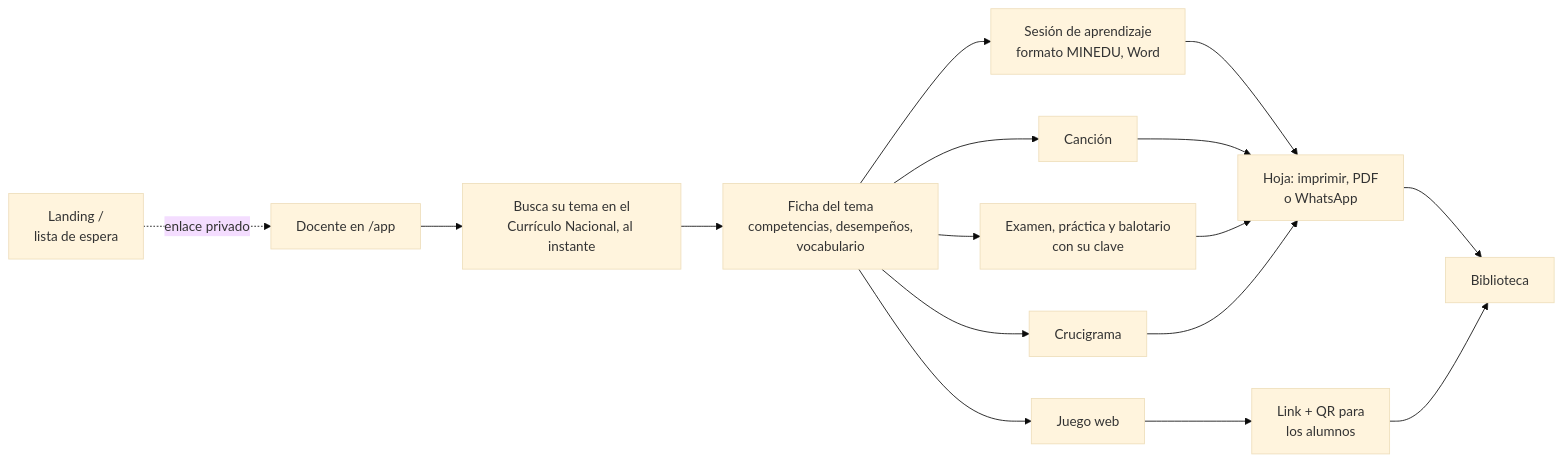
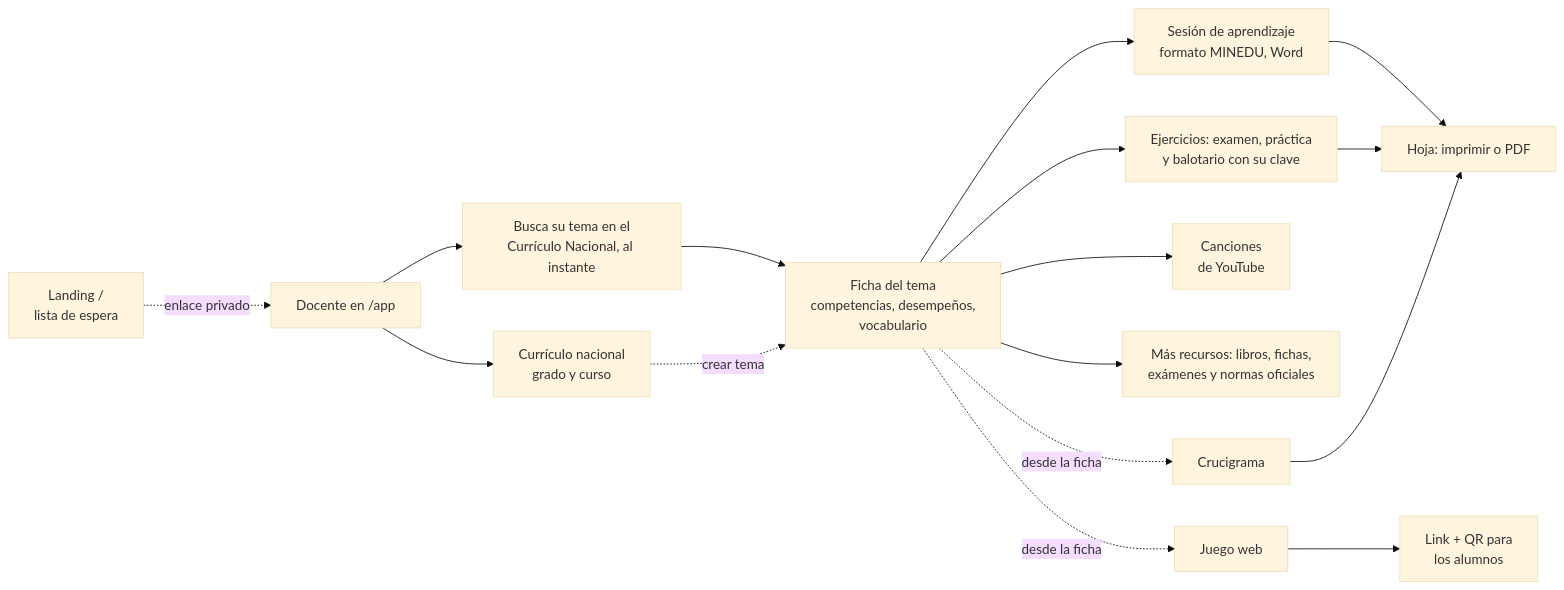
One commit to Hecze/supermentes changed the diagram in obsidian/MAPA.md. Above: the diagram before and after it, drawn with Mermaid (base theme). The commit also changed other lines of this file and 10 other files, not shown here.

First line of the commit message:
Más recursos con material oficial: libros, fichas por tema, exámenes, guías y normas

````diff
--- a/obsidian/MAPA.md
+++ b/obsidian/MAPA.md
@@ -12,14 +12,16 @@
 ```mermaid
 flowchart LR
   L[Landing /<br/>lista de espera] -. enlace privado .-> A
   A[Docente en /app] --> T[Busca su tema en el<br/>Currículo Nacional, al instante]
   T --> FI[Ficha del tema<br/>competencias, desempeños,<br/>vocabulario]
+  A --> CN[Currículo nacional<br/>grado y curso]
+  CN -. crear tema .-> FI
   FI --> S[Sesión de aprendizaje<br/>formato MINEDU, Word]
-  FI --> C[Canción]
-  FI --> EL[Examen, práctica y balotario<br/>con su clave]
-  FI --> J[Juego web]
-  FI --> X[Crucigrama]
-  S & C & EL & X --> H[Hoja: imprimir, PDF<br/>o WhatsApp]
+  FI --> EL[Ejercicios: examen, práctica<br/>y balotario con su clave]
+  FI --> C[Canciones<br/>de YouTube]
+  FI --> R[Más recursos: libros, fichas,<br/>exámenes y normas oficiales]
+  FI -. desde la ficha .-> J[Juego web]
+  FI -. desde la ficha .-> X[Crucigrama]
+  S & EL & X --> H[Hoja: imprimir o PDF]
   J --> Q[Link + QR para<br/>los alumnos]
-  H & Q --> B[Biblioteca]
 ```
````
